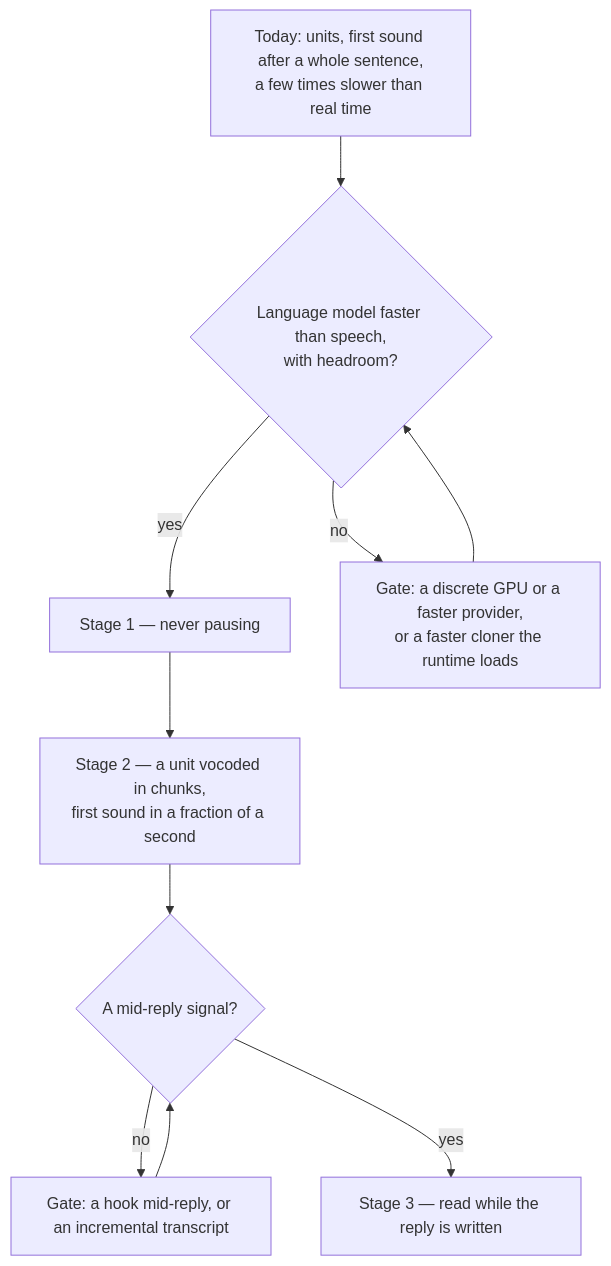
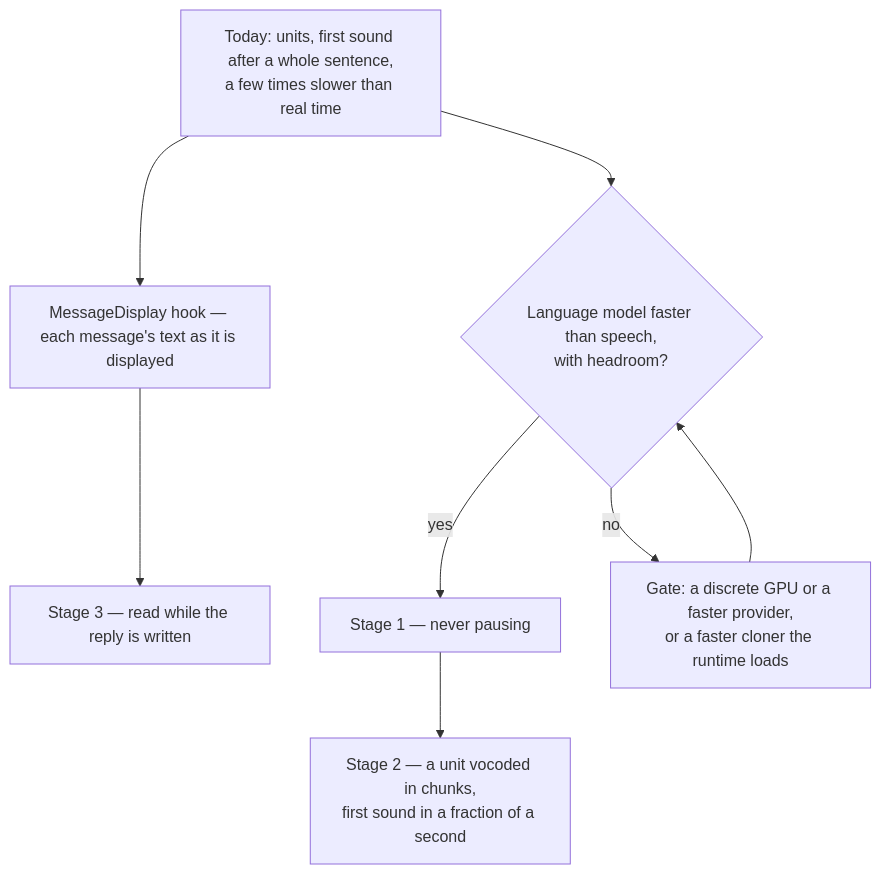
One commit to Esposter/Esposter changed the diagram in apps/web/content/docs/proposals/infra/seamless-spoken-replies.md. Above: the diagram before and after it, drawn with Mermaid. The commit also changed other lines of this file and 1 other file, not shown here.

First line of the commit message:
docs(infra): stage three of seamless spoken replies has no gate — the tool's mid-reply hook and the transcript's growth are both verified

````diff
--- a/apps/web/content/docs/proposals/infra/seamless-spoken-replies.md
+++ b/apps/web/content/docs/proposals/infra/seamless-spoken-replies.md
@@ -20,18 +20,15 @@
 ```mermaid
 flowchart TD
     Now["Today: units, first sound after a whole sentence,<br/>a few times slower than real time"]
+    Signal["MessageDisplay hook — each message's text as it is displayed"]
+    Stage3["Stage 3 — read while the reply is written"]
     Compute{"Language model faster than speech,<br/>with headroom?"}
     Stage1["Stage 1 — never pausing"]
     Stream["Stage 2 — a unit vocoded in chunks,<br/>first sound in a fraction of a second"]
-    Signal{"A mid-reply signal?"}
-    Stage3["Stage 3 — read while the reply is written"]
     Gate1["Gate: a discrete GPU or a faster provider,<br/>or a faster cloner the runtime loads"]
-    Gate3["Gate: a hook mid-reply, or an incremental transcript"]
 
+    Now --> Signal --> Stage3
     Now --> Compute
     Compute -- no --> Gate1 --> Compute
     Compute -- yes --> Stage1 --> Stream
-    Stream --> Signal
-    Signal -- no --> Gate3 --> Signal
-    Signal -- yes --> Stage3
 ```
````
